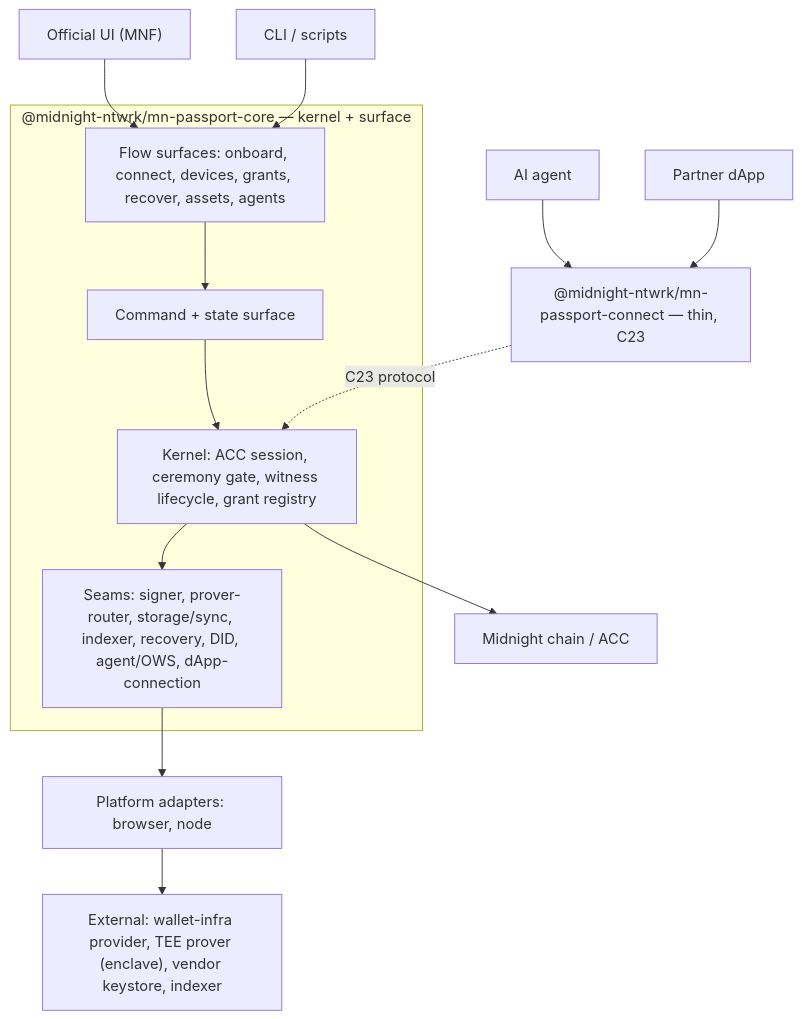
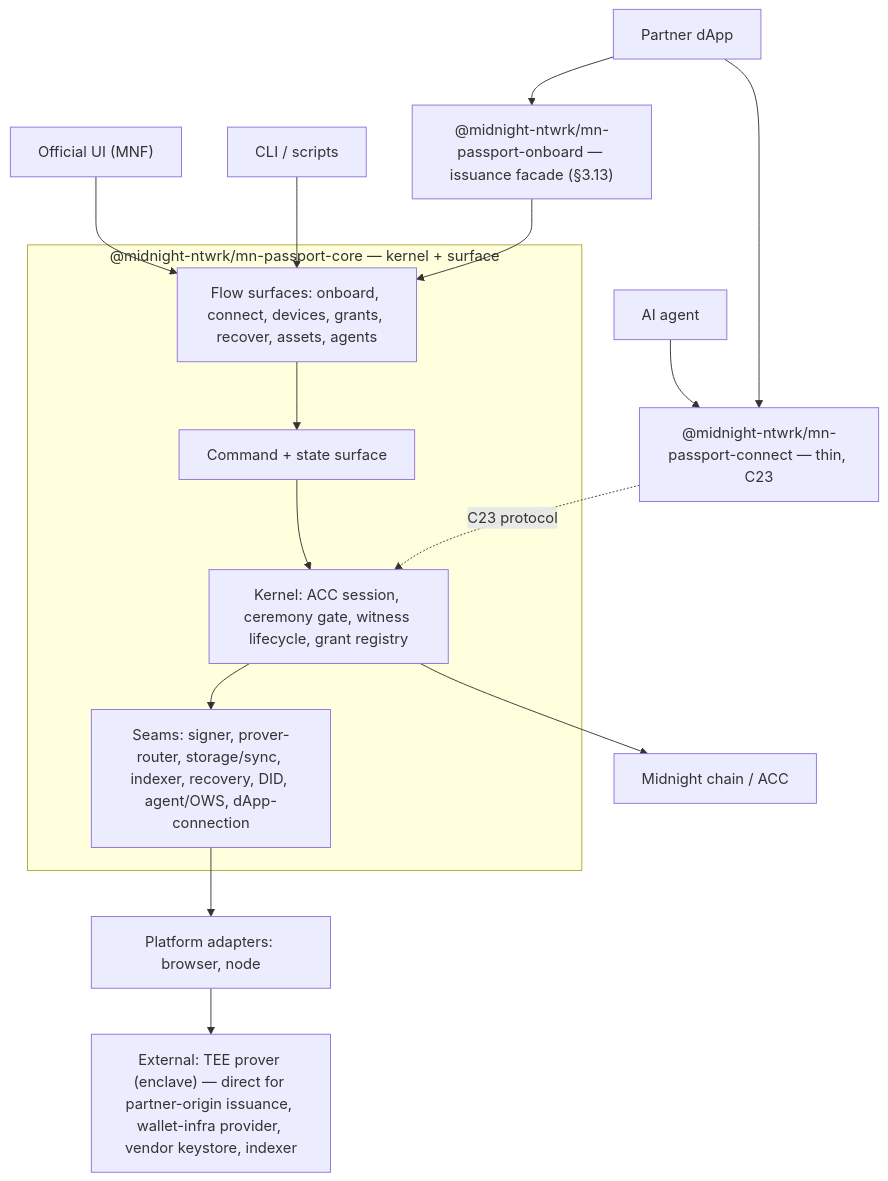
Before and after one commit to midnightntwrk/midnight-passport-sdk: the first of 6 diagrams in docs/architecture.md, drawn with Mermaid. The commit also changed other lines of this file, not shown here.

First line of the commit message:
docs: architecture §2 reference stack — add the onboard issuance facade

````diff
--- a/docs/architecture.md
+++ b/docs/architecture.md
@@ -38,18 +38,20 @@
 ```mermaid
 flowchart TB
   UI["Official UI (MNF)"] --> FLOWS
   CLI["CLI / scripts"] --> FLOWS
   AGENT["AI agent"] --> CONNECT
   DAPP["Partner dApp"] --> CONNECT["@midnight-ntwrk/mn-passport-connect — thin, C23"]
+  DAPP --> ONBOARD["@midnight-ntwrk/mn-passport-onboard — issuance facade (§3.13)"]
+  ONBOARD --> FLOWS
 
   subgraph CORE["@midnight-ntwrk/mn-passport-core — kernel + surface"]
     FLOWS["Flow surfaces: onboard, connect, devices, grants, recover, assets, agents"] --> CMD["Command + state surface"]
     CMD --> KERNEL["Kernel: ACC session, ceremony gate, witness lifecycle, grant registry"]
     KERNEL --> SEAMS["Seams: signer, prover-router, storage/sync, indexer, recovery, DID, agent/OWS, dApp-connection"]
   end
 
   CONNECT -. "C23 protocol" .-> KERNEL
   SEAMS --> ADAPT["Platform adapters: browser, node"]
-  ADAPT --> EXT["External: wallet-infra provider, TEE prover (enclave), vendor keystore, indexer"]
+  ADAPT --> EXT["External: TEE prover (enclave) — direct for partner-origin issuance, wallet-infra provider, vendor keystore, indexer"]
   KERNEL --> CHAIN["Midnight chain / ACC"]
 ```
````
